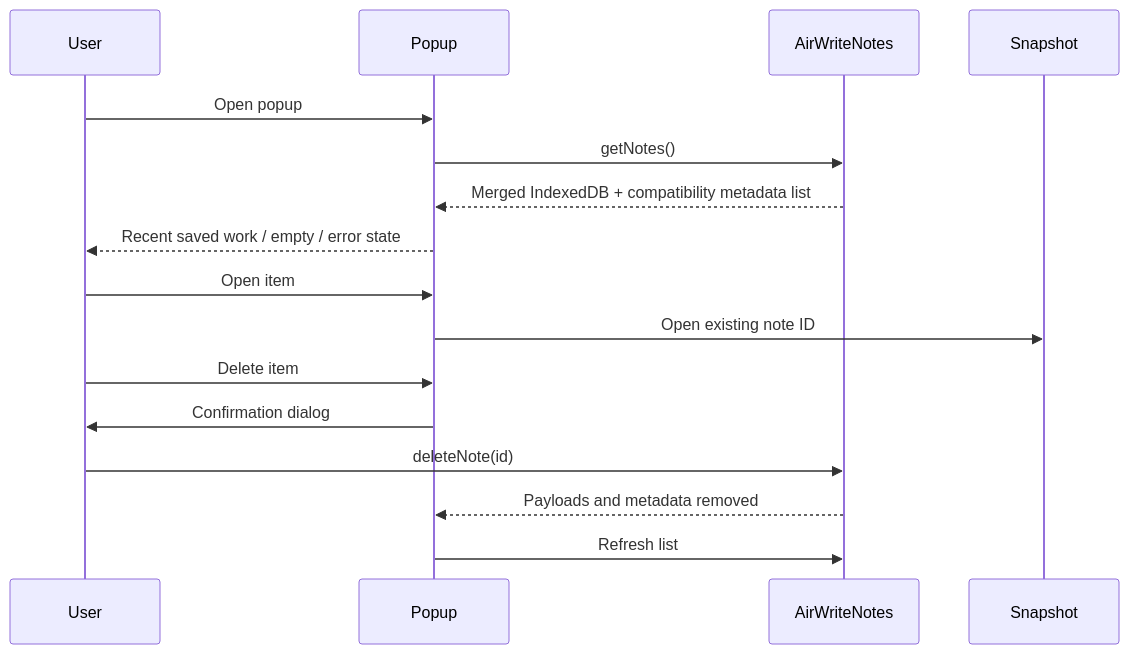
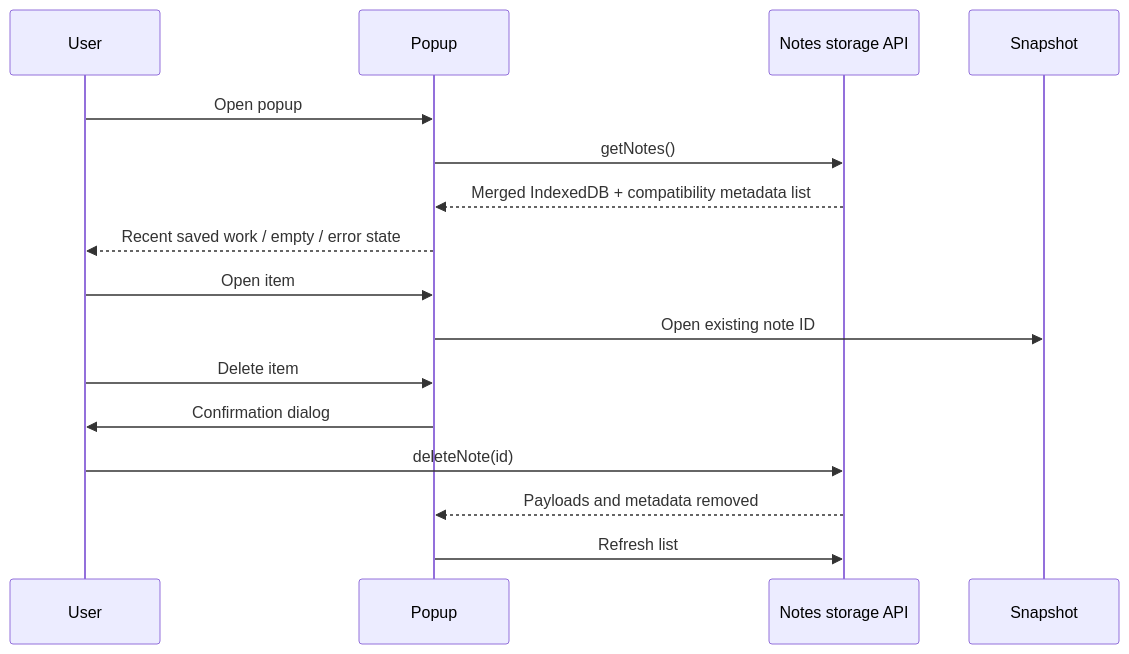
One commit to Soura149/Extension_Buildathon changed the sixth of 8 diagrams in README.md. Above: the diagram before and after it, drawn with Mermaid. The commit also changed other lines of this file and 18 other files, not shown here.

````diff
--- a/README.md
+++ b/README.md
@@ -250,19 +250,19 @@
 ```mermaid
 sequenceDiagram
   participant User
   participant Popup
-  participant DB as AirWriteNotes
+  participant DB as Notes storage API
   participant Snapshot
 
   User->>Popup: Open popup
   Popup->>DB: getNotes()
   DB-->>Popup: Merged IndexedDB + compatibility metadata list
   Popup-->>User: Recent saved work / empty / error state
   User->>Popup: Open item
   Popup->>Snapshot: Open existing note ID
   User->>Popup: Delete item
   Popup->>User: Confirmation dialog
   User->>DB: deleteNote(id)
   DB-->>Popup: Payloads and metadata removed
   Popup->>DB: Refresh list
 ```
````
